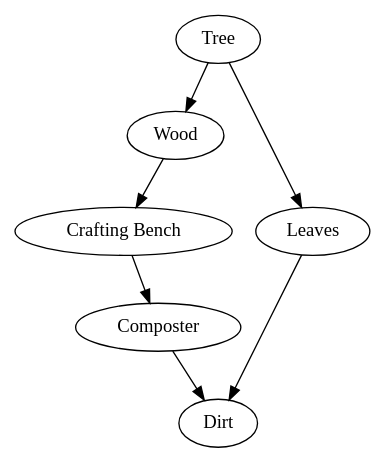
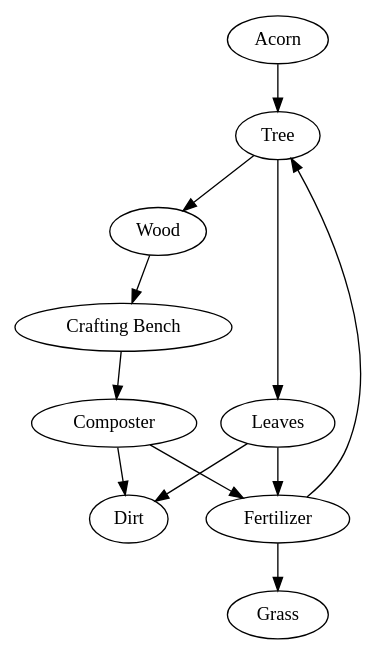
Before and after one commit to woutervantol/PureSkyblock: the diagram in flowchart.dot, drawn with Graphviz. The commit also changed 2 other files, not shown here.

Commit message:
Tree shake fixed

```diff
--- a/flowchart.dot
+++ b/flowchart.dot
@@ -1,23 +1,31 @@
 // digraph Life {
 //     Dog -> Canine;
 //     Canine -> Mammal;
 //     Mammal -> Vertibrate;
 //     Vertibrate -> Animal;
 //     Cat -> Feline;
 //     Feline -> Mammal;
 //     Equine -> Mammal;
 //     Wolf -> Canine;
 //     Lion -> Feline;
 //     Insect -> Animal;
 // }
 
 digraph Dirt {
 
     Tree -> Wood
     Tree -> Leaves
     Wood -> "Crafting Bench"
     "Crafting Bench" -> Composter
     Composter -> Dirt
     "Leaves" -> Dirt
 
+    Composter -> Fertilizer
+    Leaves -> Fertilizer
+    Fertilizer -> Tree
+    Fertilizer -> Grass
+
+    Acorn -> Tree
+
+    
 }
```
